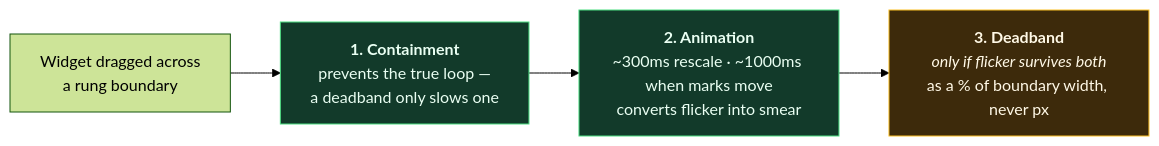
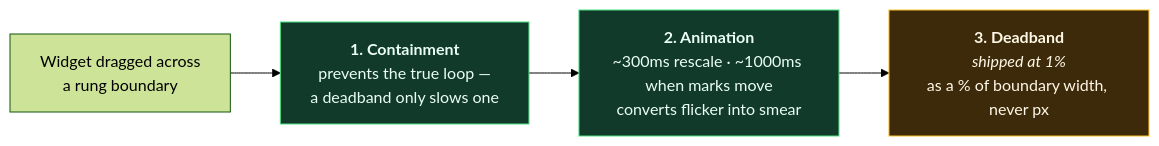
Before and after one commit to DeshpandeBoy/Defence-Charts: the fifth of 5 diagrams in research/maps/01-runtime-flow.md, drawn with Mermaid (forest theme). The commit also changed other lines of this file and 33 other files, not shown here.

````diff
--- a/research/maps/01-runtime-flow.md
+++ b/research/maps/01-runtime-flow.md
@@ -159,11 +160,11 @@
 ```mermaid
 flowchart LR
     x["Widget dragged across<br/>a rung boundary"] --> c1["<b>1. Containment</b><br/>prevents the true loop —<br/>a deadband only slows one"]
     c1 --> c2["<b>2. Animation</b><br/>~300ms rescale · ~1000ms when marks move<br/>converts flicker into smear"]
-    c2 --> c3["<b>3. Deadband</b><br/><i>only if flicker survives both</i><br/>as a % of boundary width, never px"]
+    c2 --> c3["<b>3. Deadband</b><br/><i>shipped at 1%</i><br/>as a % of boundary width, never px"]
 
     classDef a fill:#123a2a,stroke:#4ade80,color:#eafff3
     classDef b fill:#3d2a0b,stroke:#fbbf24,color:#fff8e6
     class c1,c2 a
     class c3 b
 ```
````
